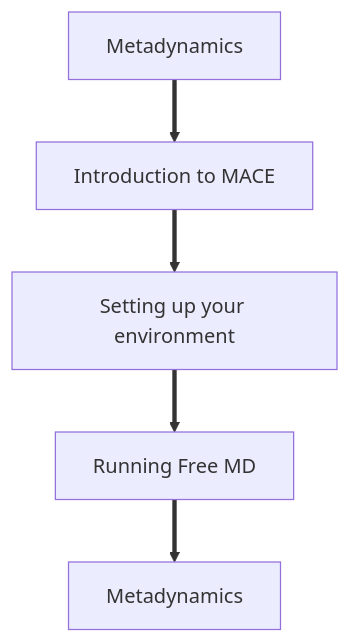
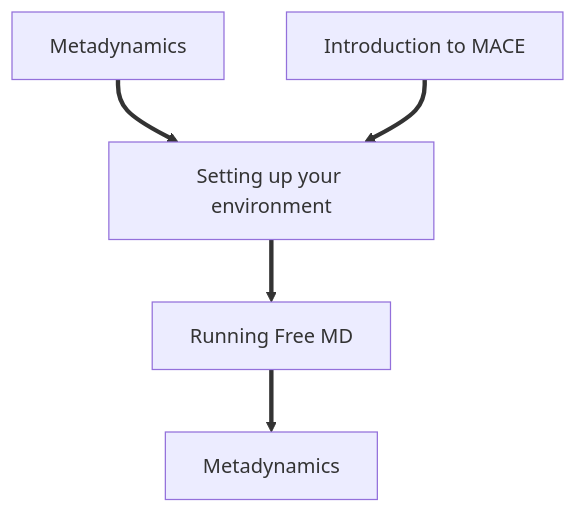
The diagram in NAVIGATION.md (water-ice-group/plumed_tutorial_mace), drawn with Mermaid before and after one commit.

````diff
--- a/NAVIGATION.md
+++ b/NAVIGATION.md
@@ -25,12 +25,12 @@
 ```mermaid
 flowchart TD
-  PRE[Metadynamics] ==> A[Introduction to MACE]
-  A ==> B[Setting up your environment];
+  PRE[Metadynamics] ==> B[Setting up your environment]
+  A[Introduction to MACE] ==> B[Setting up your environment];
   B ==> C[Running Free MD]
   C ==> D[Metadynamics];
   click PRE "https://www.plumed-tutorials.org/lessons/21/004/data/NAVIGATION.html" "Masterclass on Metadynamics"
   click A "01_mace_intro.md" "Learn about the MACE potential for performing accurate and efficient molecular dynamics simulations"
   click B "02_setting_up_env.md" "Understand how to set up the MACE-ASE-PLUMED interface."
   click C "03_freeMD.md" "Run simple MD using MACE and ASE."
   click D "04_metaD.md" "Perform metadynamics using MACE to examine conformational stability."
 ```
````
